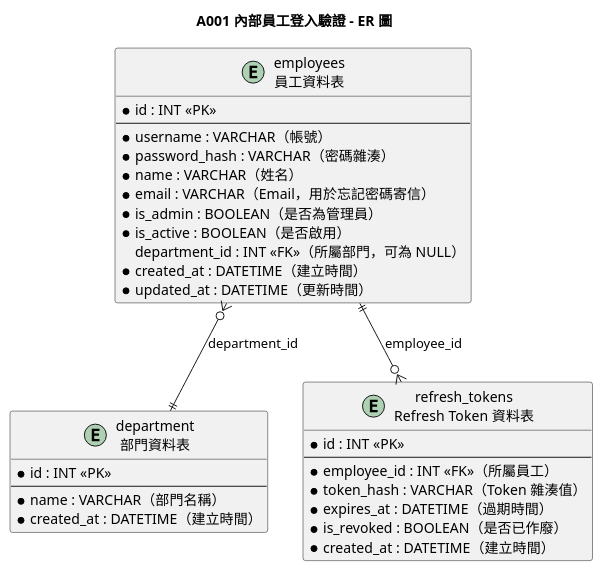
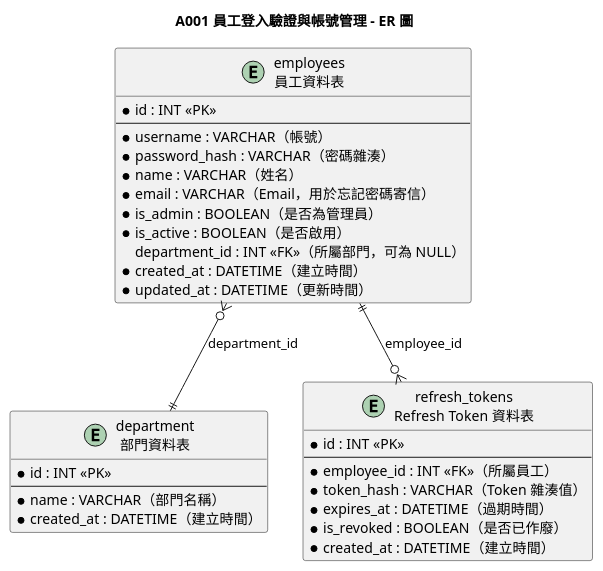
One commit to teyhawzhe/bento-uml changed the diagram in output/A001/A001-er.puml. Above: the diagram before and after it, drawn with PlantUML. The commit also changed 30 other files, not shown here.

```diff
--- a/output/A001/A001-er.puml
+++ b/output/A001/A001-er.puml
@@ -1,39 +1,39 @@
 @startuml A001-er
 
-title A001 內部員工登入驗證 - ER 圖
+title A001 員工登入驗證與帳號管理 - ER 圖
 
 entity "employees\n員工資料表" as employees {
   * id : INT <<PK>>
   --
   * username : VARCHAR（帳號）
   * password_hash : VARCHAR（密碼雜湊）
   * name : VARCHAR（姓名）
   * email : VARCHAR（Email，用於忘記密碼寄信）
   * is_admin : BOOLEAN（是否為管理員）
   * is_active : BOOLEAN（是否啟用）
   department_id : INT <<FK>>（所屬部門，可為 NULL）
   * created_at : DATETIME（建立時間）
   * updated_at : DATETIME（更新時間）
 }
 
 entity "department\n部門資料表" as department {
   * id : INT <<PK>>
   --
   * name : VARCHAR（部門名稱）
   * created_at : DATETIME（建立時間）
 }
 
 entity "refresh_tokens\nRefresh Token 資料表" as refresh_tokens {
   * id : INT <<PK>>
   --
   * employee_id : INT <<FK>>（所屬員工）
   * token_hash : VARCHAR（Token 雜湊值）
   * expires_at : DATETIME（過期時間）
   * is_revoked : BOOLEAN（是否已作廢）
   * created_at : DATETIME（建立時間）
 }
 
 employees }o--|| department : "department_id"
 employees ||--o{ refresh_tokens : "employee_id"
 
 @enduml
```
